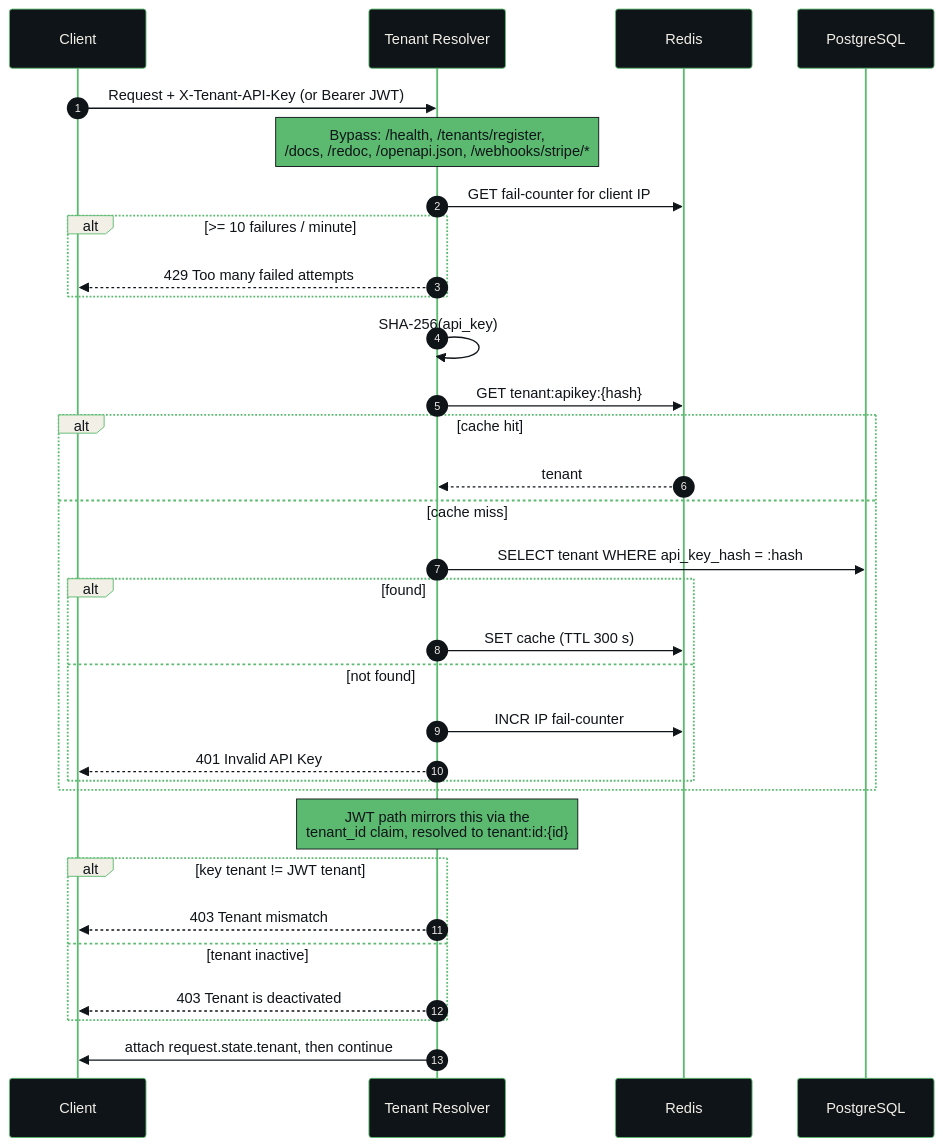
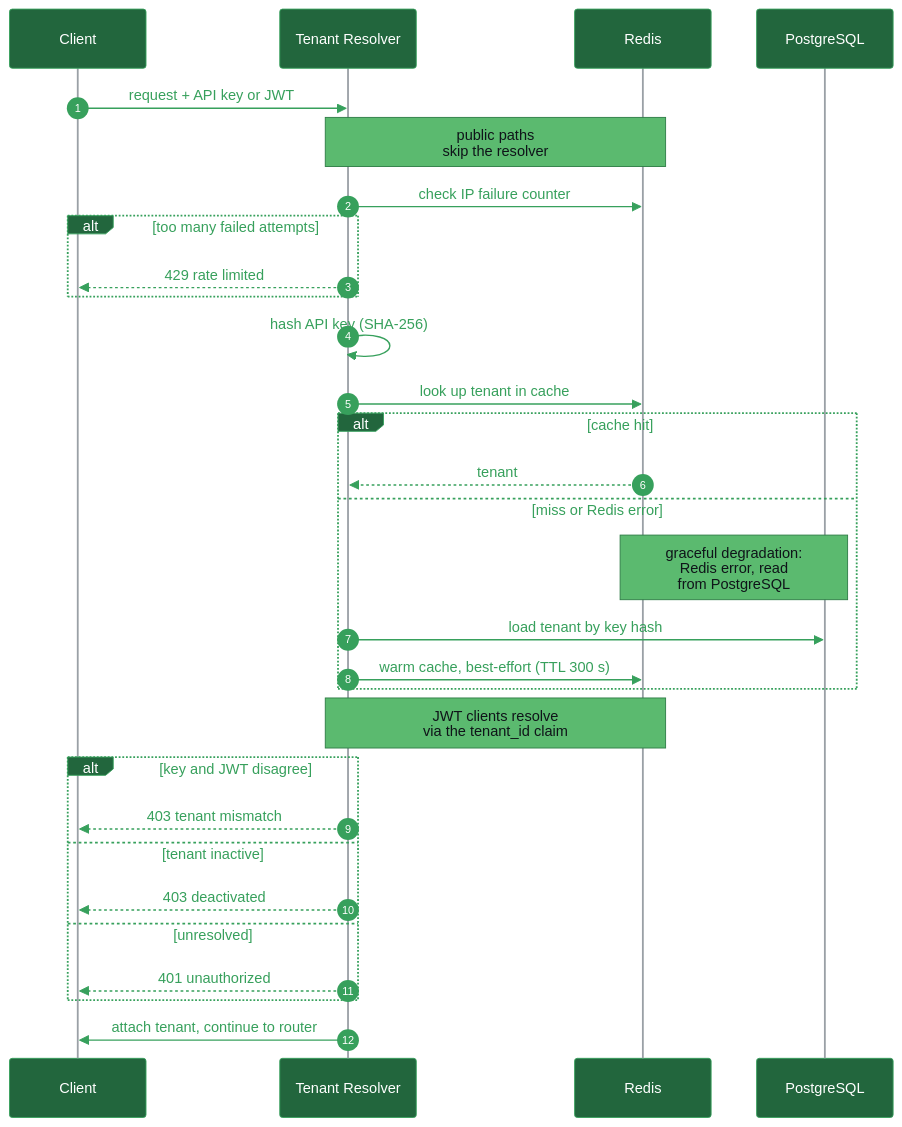
One commit to venixhq/venix changed the second of 7 diagrams in README.md. Above: the diagram before and after it, drawn with Mermaid. The commit also changed other lines of this file, not shown here.

````diff
--- a/README.md
+++ b/README.md
@@ -109,36 +112,34 @@
 ```mermaid
-%%{init: {'theme':'base','themeVariables':{'primaryColor':'#0F1419','primaryTextColor':'#F2EFE6','primaryBorderColor':'#5BBA6F','lineColor':'#0F1419','actorBkg':'#0F1419','actorBorder':'#5BBA6F','actorTextColor':'#F2EFE6','signalColor':'#0F1419','signalTextColor':'#0F1419','noteBkgColor':'#5BBA6F','noteTextColor':'#0F1419','noteBorderColor':'#0F1419','labelBoxBkgColor':'#F2EFE6','labelBoxBorderColor':'#5BBA6F','labelTextColor':'#0F1419','loopTextColor':'#0F1419','fontFamily':'ui-sans-serif, system-ui, sans-serif'}}}%%
+%%{init: {'theme':'base','themeVariables':{'primaryColor':'#5BBA6F','primaryTextColor':'#0F1419','lineColor':'#37A05C','actorBkg':'#22663D','actorBorder':'#37A05C','actorTextColor':'#FFFFFF','actorLineColor':'#9AA0A6','signalColor':'#37A05C','signalTextColor':'#37A05C','noteBkgColor':'#5BBA6F','noteTextColor':'#0F1419','noteBorderColor':'#2E7D46','loopTextColor':'#37A05C','sequenceNumberColor':'#FFFFFF','fontFamily':'ui-sans-serif, system-ui, sans-serif'}}}%%
 sequenceDiagram
     autonumber
     participant C as Client
     participant M as Tenant Resolver
     participant R as Redis
     participant DB as PostgreSQL
 
-    C->>M: Request + X-Tenant-API-Key (or Bearer JWT)
-    Note over M: Bypass: /health, /tenants/register,<br/>/docs, /redoc, /openapi.json, /webhooks/stripe/*
-    M->>R: GET fail-counter for client IP
-    alt >= 10 failures / minute
-        M-->>C: 429 Too many failed attempts
+    C->>M: request + API key or JWT
+    Note over M,R: public paths<br/>skip the resolver
+    M->>R: check IP failure counter
+    alt too many failed attempts
+        M-->>C: 429 rate limited
     end
-    M->>M: SHA-256(api_key)
-    M->>R: GET tenant:apikey:{hash}
+    M->>M: hash API key (SHA-256)
+    M->>R: look up tenant in cache
     alt cache hit
         R-->>M: tenant
-    else cache miss
-        M->>DB: SELECT tenant WHERE api_key_hash = :hash
-        alt found
-            M->>R: SET cache (TTL 300 s)
-        else not found
-            M->>R: INCR IP fail-counter
-            M-->>C: 401 Invalid API Key
-        end
+    else miss or Redis error
+        Note over R,DB: graceful degradation:<br/>Redis error, read<br/>from PostgreSQL
+        M->>DB: load tenant by key hash
+        M->>R: warm cache, best-effort (TTL 300 s)
     end
-    Note over M: JWT path mirrors this via the<br/>tenant_id claim, resolved to tenant:id:{id}
-    alt key tenant != JWT tenant
-        M-->>C: 403 Tenant mismatch
+    Note over M,R: JWT clients resolve<br/>via the tenant_id claim
+    alt key and JWT disagree
+        M-->>C: 403 tenant mismatch
     else tenant inactive
-        M-->>C: 403 Tenant is deactivated
+        M-->>C: 403 deactivated
+    else unresolved
+        M-->>C: 401 unauthorized
     end
-    M->>C: attach request.state.tenant, then continue
+    M->>C: attach tenant, continue to router
 ```
````
